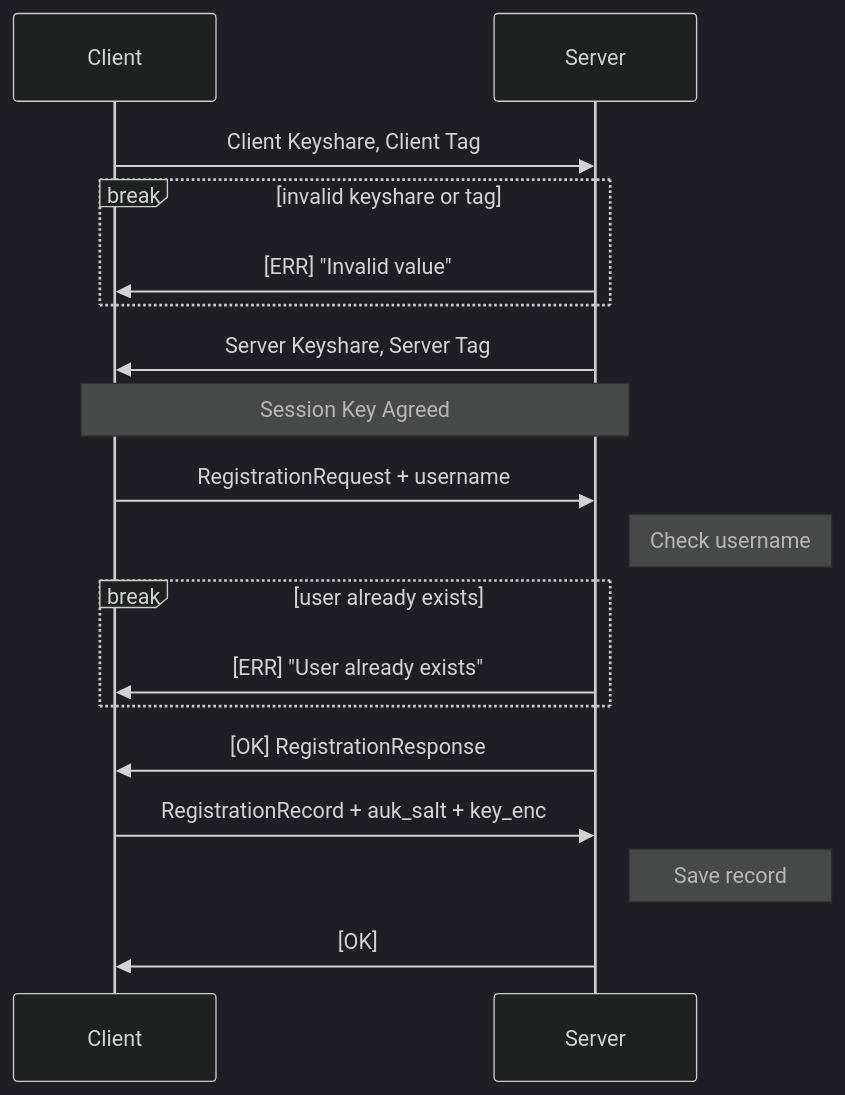
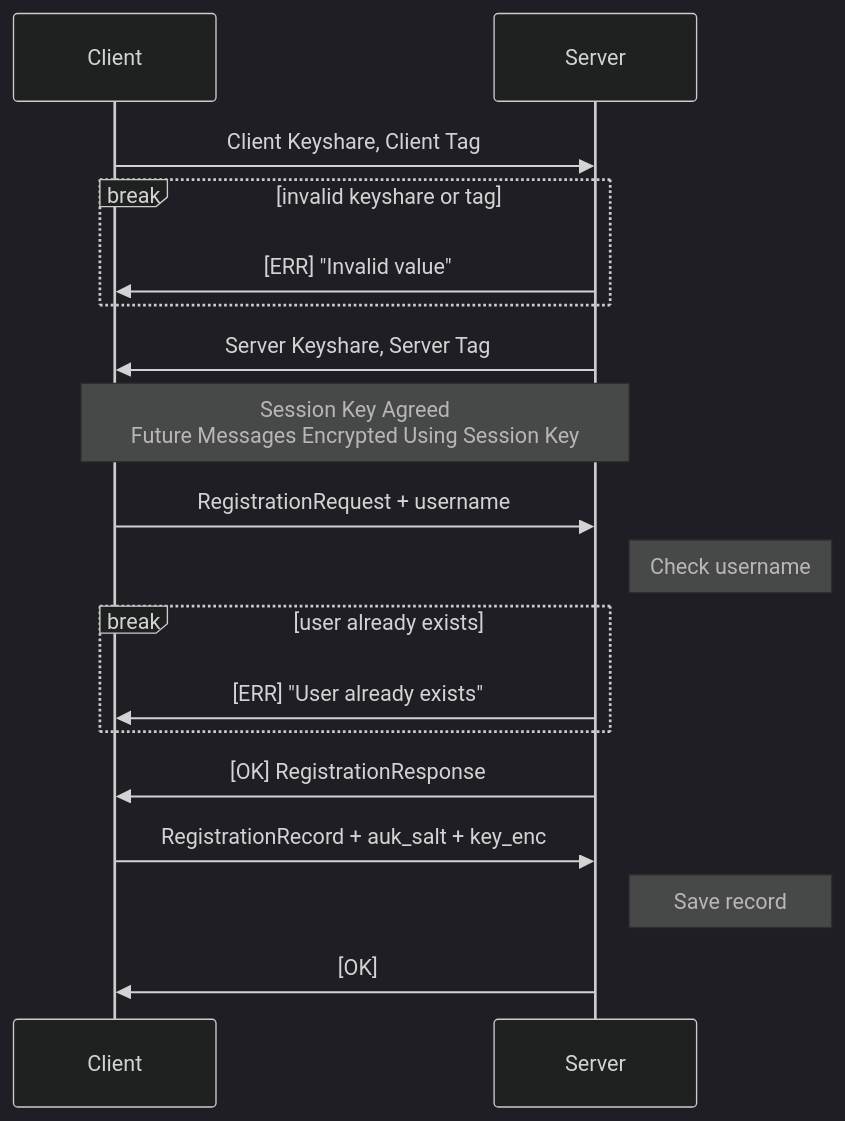
The first of 3 diagrams in website/docs/server-api/authentication/register.mdx (PhotonicGluon/Excalibur), drawn with Mermaid (dark theme) before and after one commit. The commit also changed 6 other files, not shown here.

````diff
--- a/website/docs/server-api/authentication/register.mdx
+++ b/website/docs/server-api/authentication/register.mdx
@@ -11,24 +11,24 @@
 ```mermaid
 sequenceDiagram
     participant C as Client
     participant S as Server
 
     % Noise-NK Handshake
     C->>S: Client Keyshare, Client Tag
     break invalid keyshare or tag
         S->>C: [ERR] "Invalid value"
     end
     S->>C: Server Keyshare, Server Tag
-    Note over C,S: Session Key Agreed
+    Note over C,S: Session Key Agreed<br/>Future Messages Encrypted Using Session Key
 
     % OPAQUE-3DH Registration
     C->>S: RegistrationRequest + username
     Note right of S: Check username
     break user already exists
         S->>C: [ERR] "User already exists"
     end
     S->>C: [OK] RegistrationResponse
     C->>S: RegistrationRecord + auk_salt + key_enc
     Note right of S: Save record
     S->>C: [OK]
 ```
````
